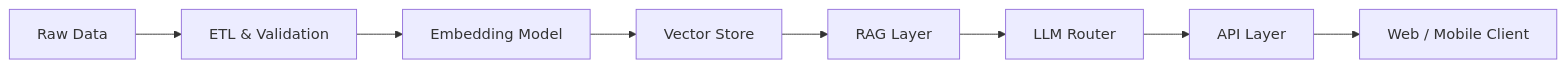
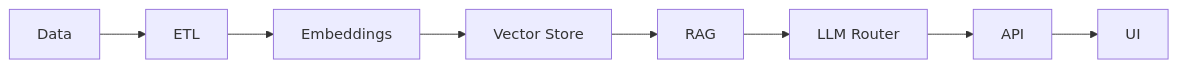
Before and after one commit to tigerhooduday/tigerhooduday: the diagram in README.md, drawn with Mermaid. The commit also changed other lines of this file, not shown here.

````diff
--- a/README.md
+++ b/README.md
@@ -45,11 +41,10 @@
 ```mermaid
 flowchart LR
-    A[Raw Data] --> B[ETL & Validation]
-    B --> C[Embedding Model]
+    A[Data] --> B[ETL]
+    B --> C[Embeddings]
     C --> D[Vector Store]
-    D --> E[RAG Layer]
+    D --> E[RAG]
     E --> F[LLM Router]
-    F --> G[API Layer]
-    G --> H[Web / Mobile Client]
-
+    F --> G[API]
+    G --> H[UI]
 ```
````
